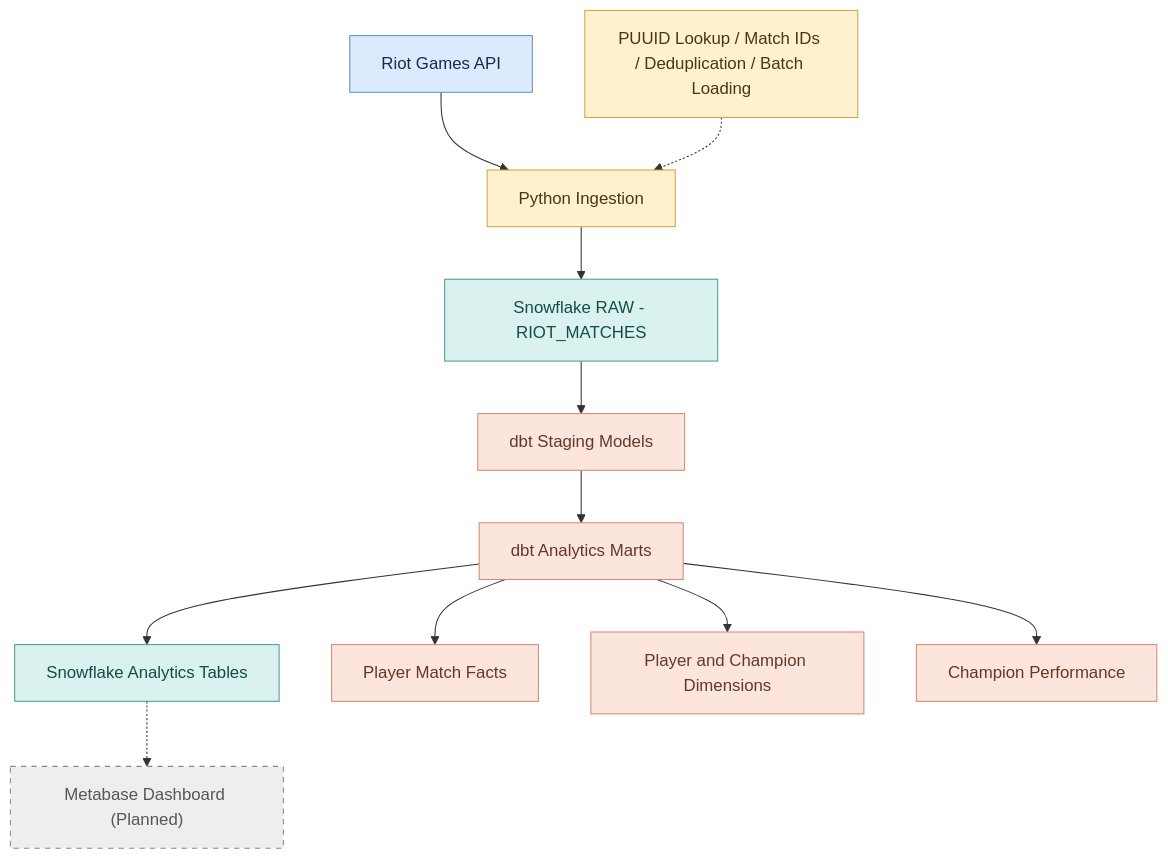
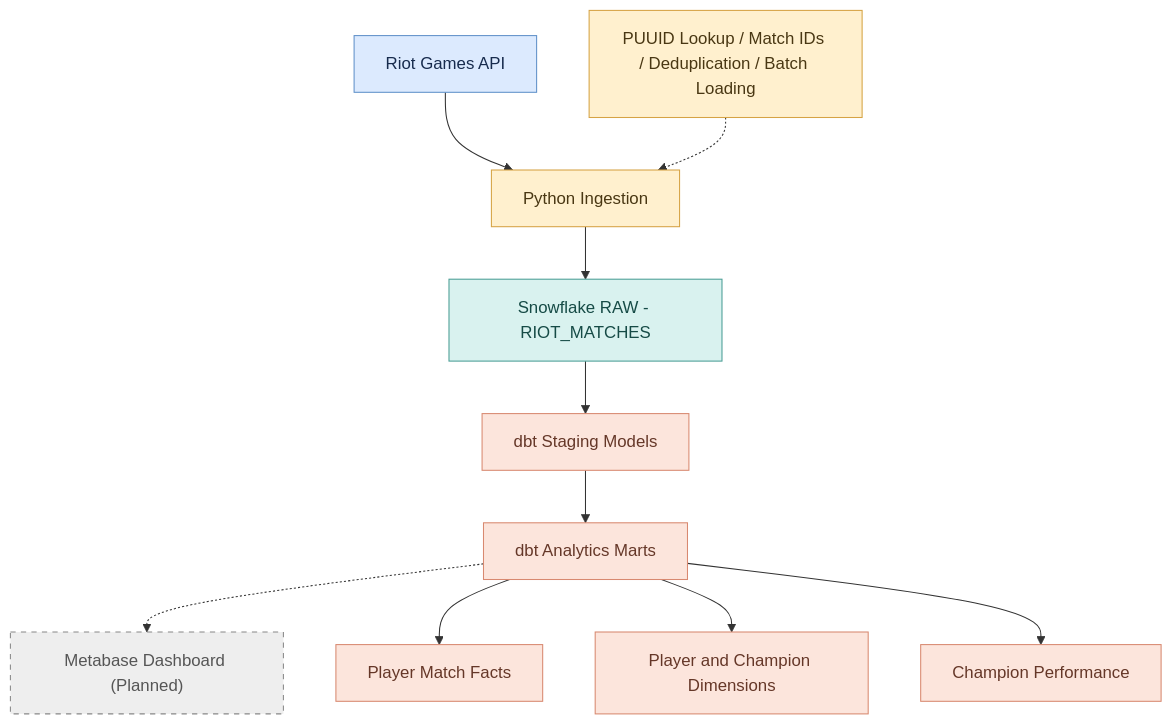
The diagram in README.md (Joshwilcox12/League-analytics-warehouse), drawn with Mermaid before and after one commit. The commit also changed other lines of this file, not shown here.

````diff
--- a/README.md
+++ b/README.md
@@ -30,27 +29,26 @@
 ```mermaid
 flowchart TD
     A["Riot Games API"] --> B["Python Ingestion"]
     B --> C["Snowflake RAW - RIOT_MATCHES"]
     C --> D["dbt Staging Models"]
     D --> E["dbt Analytics Marts"]
-    E --> F["Snowflake Analytics Tables"]
-    F -.-> G["Metabase Dashboard (Planned)"]
+    E -.-> G["Metabase Dashboard (Planned)"]
 
     B1["PUUID Lookup / Match IDs / Deduplication / Batch Loading"] -.-> B
 
     E --> H["Player Match Facts"]
     E --> I["Player and Champion Dimensions"]
     E --> J["Champion Performance"]
 
     classDef source fill:#dceafe,stroke:#6091c9,color:#172b4d
     classDef ingest fill:#fff0ce,stroke:#d6a344,color:#493713
     classDef warehouse fill:#d9f2ef,stroke:#4a9d95,color:#164b46
     classDef transform fill:#fce5dc,stroke:#d88970,color:#653728
     classDef planned fill:#eeeeee,stroke:#888,stroke-dasharray:5 5,color:#555
 
     class A source
     class B,B1 ingest
-    class C,F warehouse
+    class C warehouse
     class D,E,H,I,J transform
     class G planned
 ```
````
